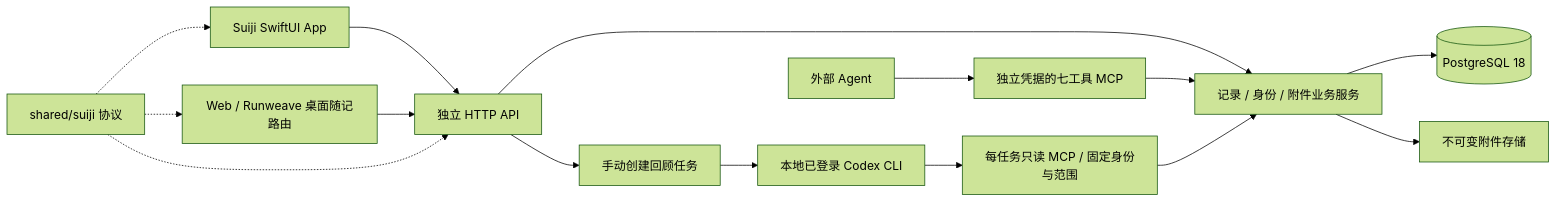
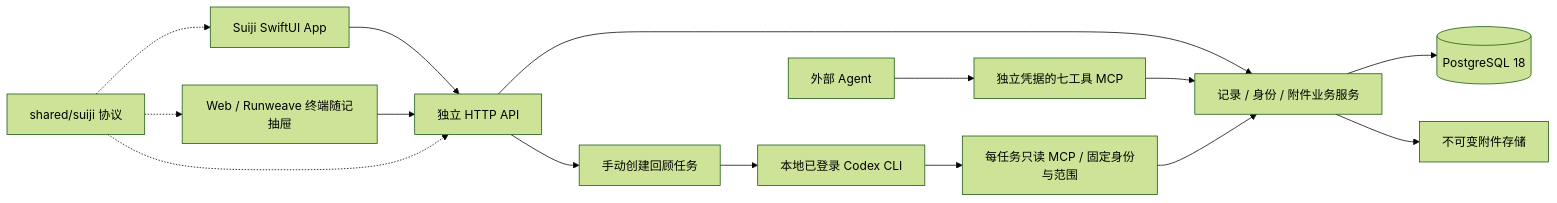
One commit to jackshen3102/run-weave changed the diagram in docs/architecture/suiji.md. Above: the diagram before and after it, drawn with Mermaid (forest theme). The commit also changed other lines of this file and 27 other files, not shown here.

````diff
--- a/docs/architecture/suiji.md
+++ b/docs/architecture/suiji.md
@@ -8,17 +8,17 @@
 ```mermaid
 flowchart LR
   I[Suiji SwiftUI App] --> H[独立 HTTP API]
-  W[Web / Runweave 桌面随记路由] --> H
+  W[Web / Runweave 终端随记抽屉] --> H
   H --> S[记录 / 身份 / 附件业务服务]
   A[外部 Agent] --> M[独立凭据的七工具 MCP]
   M --> S
   H --> R[手动创建回顾任务]
   R --> C[本地已登录 Codex CLI]
   C --> O[每任务只读 MCP / 固定身份与范围]
   O --> S
   S --> P[(PostgreSQL 18)]
   S --> F[不可变附件存储]
   K[shared/suiji 协议] -.-> I
   K -.-> W
   K -.-> H
 ```
````
